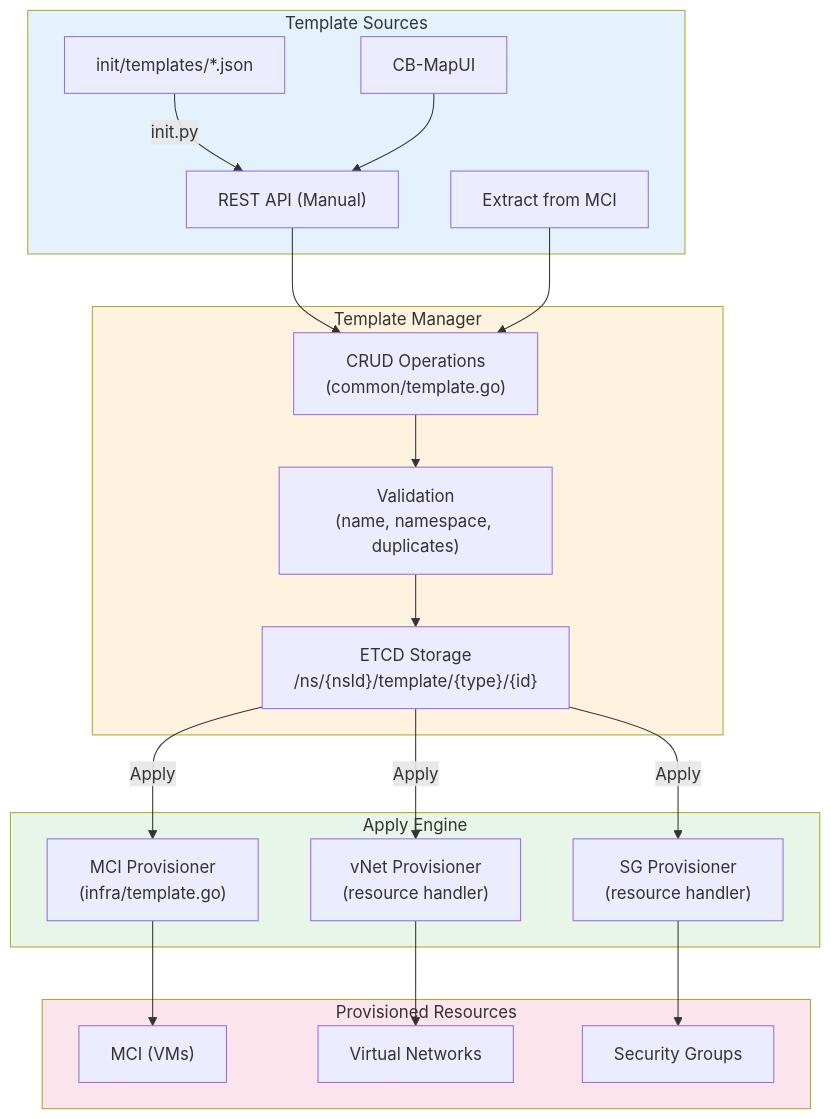
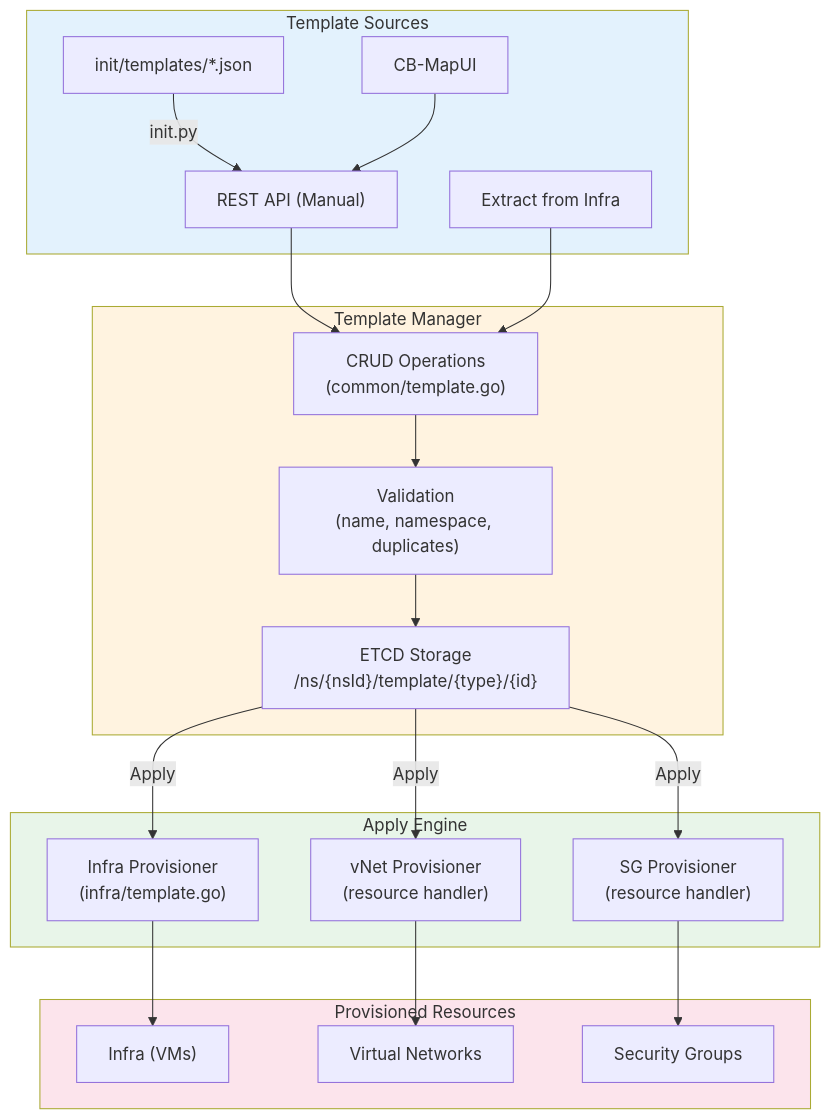
The first of 5 diagrams in docs/feature_guide/resource-template-management.md (cloud-barista/cb-tumblebug), drawn with Mermaid before and after one commit. The commit also changed other lines of this file and 197 other files, not shown here.

````diff
--- a/docs/feature_guide/resource-template-management.md
+++ b/docs/feature_guide/resource-template-management.md
@@ -113,42 +113,42 @@
 ```mermaid
 graph TB
     subgraph Sources["Template Sources"]
         Files["init/templates/*.json"]
         API["REST API (Manual)"]
-        Extract["Extract from MCI"]
+        Extract["Extract from Infra"]
         MapUI["CB-MapUI"]
     end
 
     subgraph TemplateManager["Template Manager"]
         CRUD["CRUD Operations<br/>(common/template.go)"]
         Validate["Validation<br/>(name, namespace, duplicates)"]
         Store["ETCD Storage<br/>/ns/{nsId}/template/{type}/{id}"]
     end
 
     subgraph ApplyEngine["Apply Engine"]
-        MciApply["MCI Provisioner<br/>(infra/template.go)"]
+        InfraApply["Infra Provisioner<br/>(infra/template.go)"]
         VNetApply["vNet Provisioner<br/>(resource handler)"]
         SGApply["SG Provisioner<br/>(resource handler)"]
     end
 
     subgraph CloudResources["Provisioned Resources"]
-        MCI["MCI (VMs)"]
+        Infra["Infra (VMs)"]
         VNet["Virtual Networks"]
         SG["Security Groups"]
     end
 
     Files -->|init.py| API
     API --> CRUD
     Extract --> CRUD
     MapUI --> API
     CRUD --> Validate --> Store
 
-    Store -->|Apply| MciApply --> MCI
+    Store -->|Apply| InfraApply --> Infra
     Store -->|Apply| VNetApply --> VNet
     Store -->|Apply| SGApply --> SG
 
     style Sources fill:#e3f2fd
     style TemplateManager fill:#fff3e0
     style ApplyEngine fill:#e8f5e9
     style CloudResources fill:#fce4ec
 ```
````
